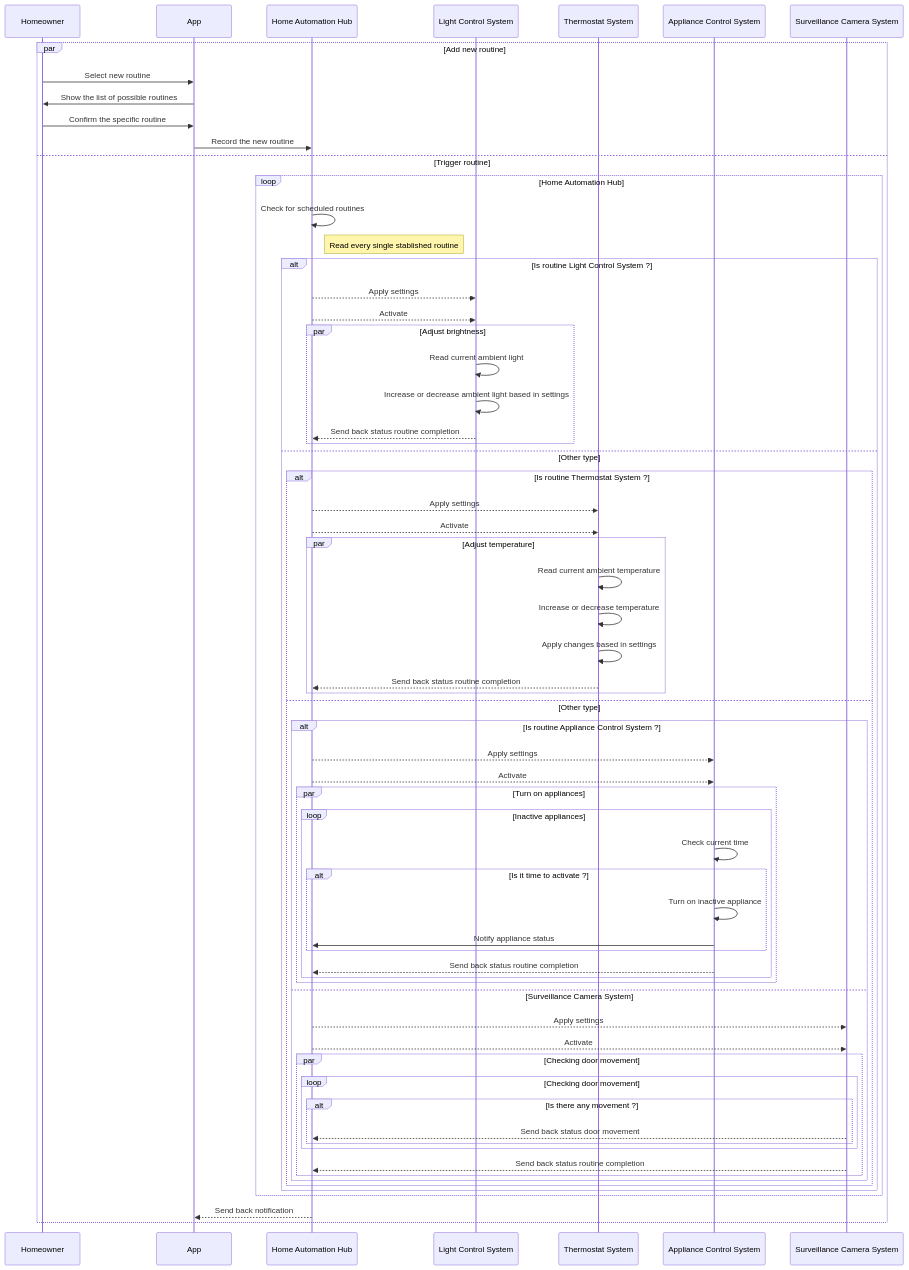
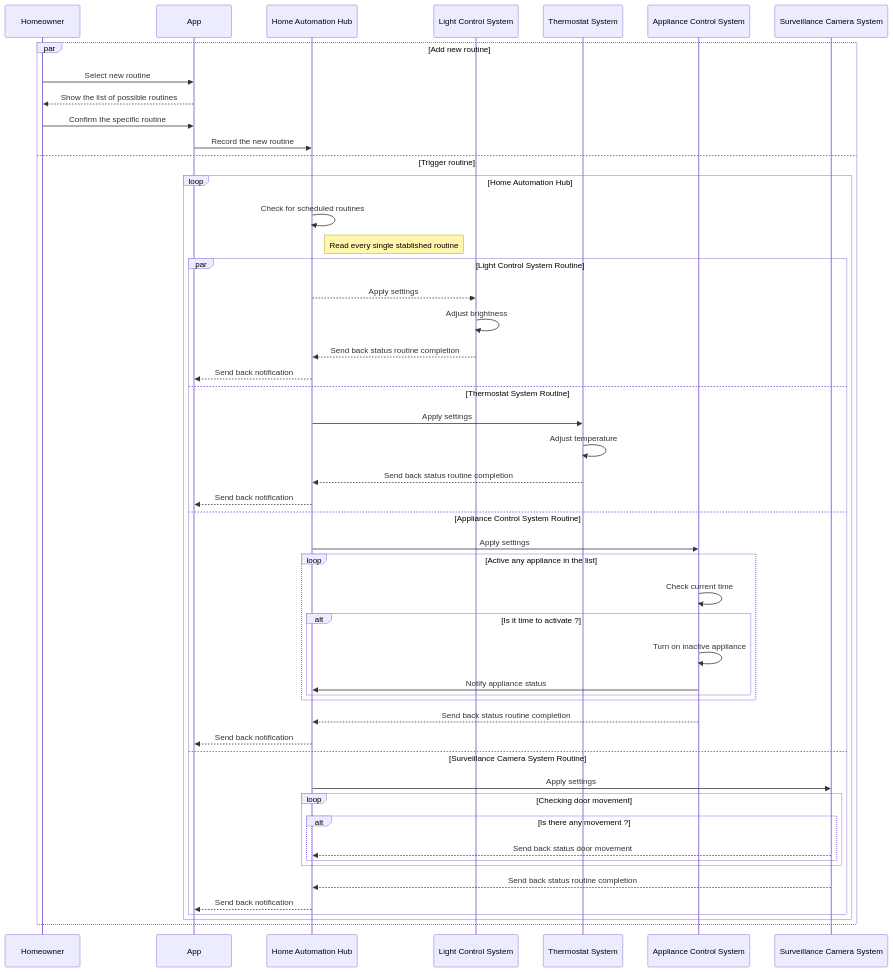
Before and after one commit to sequence-diagrams/smart-home-automation: the first of 2 diagrams in Readme.md, drawn with Mermaid. The commit also changed other lines of this file, not shown here.

Commit message:
Update diagrama

````diff
--- a/Readme.md
+++ b/Readme.md
@@ -42,70 +42,53 @@
 ```mermaid
 sequenceDiagram
     participant ho as Homeowner
     participant a as App
     participant hah as Home Automation Hub
     participant lcs as Light Control System
     participant ts as Thermostat System
     participant acs as Appliance Control System
     participant scs as Surveillance Camera System
 
     par Add new routine
         ho->>a:Select new routine
-        a->>ho:Show the list of possible routines
+        a-->>ho:Show the list of possible routines
         ho->>a:Confirm the specific routine
         a->>hah:Record the new routine
     and Trigger routine
         loop Home Automation Hub
             hah->>hah: Check for scheduled routines
             Note right of hah: Read every single stablished routine
-            alt Is routine Light Control System ? 
+            par Light Control System Routine
                 hah-->>lcs: Apply settings
-                hah-->>lcs: Activate
-                par Adjust brightness
-                    lcs->>lcs: Read current ambient light
-                    lcs->>lcs: Increase or decrease ambient light based in settings
-                    lcs-->>hah:Send back status routine completion
-                end
-                
-            else Other type
-                alt Is routine Thermostat System ? 
-                    hah-->>ts: Apply settings
-                    hah-->>ts: Activate
-                    par Adjust temperature
-                        ts->>ts: Read current ambient temperature
-                        ts->>ts: Increase or decrease temperature
-                        ts->>ts: Apply changes based in settings
-                        ts-->>hah:Send back status routine completion
-                    end
-                else Other type
-                    alt Is routine Appliance Control System ?
-                        hah-->>acs: Apply settings
-                        hah-->>acs: Activate
-                        par Turn on appliances
-                            loop Inactive appliances
-                                acs->>acs: Check current time
-                                    alt Is it time to activate ? 
-                                        acs->>acs: Turn on inactive appliance
-                                        acs->>hah: Notify appliance status
-                                    end
-                                acs-->>hah:Send back status routine completion
-                            end 
+                lcs->>lcs: Adjust brightness
+                lcs-->>hah: Send back status routine completion
+                hah-->>a: Send back notification
+            and Thermostat System Routine
+                hah->>ts: Apply settings
+                ts->>ts: Adjust temperature
+                ts-->>hah:Send back status routine completion
+                hah-->>a: Send back notification
+            and Appliance Control System Routine
+                hah->>acs: Apply settings
+                loop Active any appliance in the list
+                    acs->>acs: Check current time
+                        alt Is it time to activate ? 
+                            acs->>acs: Turn on inactive appliance
+                            acs->>hah: Notify appliance status
                         end
-                    else Surveillance Camera System
-                        hah-->>scs: Apply settings
-                        hah-->>scs: Activate
-                        par Checking door movement
-                            loop Checking door movement
-                                alt Is there any movement ?
-                                    scs-->>hah:Send back status door movement
-                                end
-                            end
-                            scs-->>hah:Send back status routine completion
-                        end
+                end 
+                acs-->>hah:Send back status routine completion
+                hah-->>a: Send back notification
+            and Surveillance Camera System Routine
+                hah->>scs: Apply settings
+                loop Checking door movement
+                    alt Is there any movement ?
+                        scs-->>hah:Send back status door movement
                     end
                 end
+                scs-->>hah:Send back status routine completion
+                hah-->>a:Send back notification 
             end
         end
-        hah-->>a:Send back notification 
     end
 ```
````
